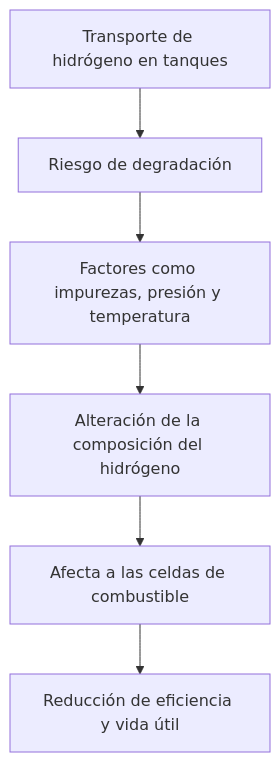
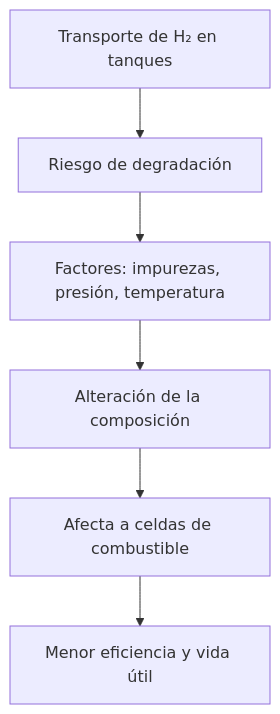
Diagram 12 of 12 in README.md (rubenvmu/loghid), drawn with Mermaid before and after one commit.

````diff
--- a/README.md
+++ b/README.md
@@ -562,8 +562,8 @@
 ```mermaid
 graph TD;
-    A[Transporte de hidrógeno en tanques] --> B[Riesgo de degradación]
-    B --> C[Factores como impurezas, presión y temperatura]
-    C --> D[Alteración de la composición del hidrógeno]
-    D --> E[Afecta a las celdas de combustible]
-    E --> F[Reducción de eficiencia y vida útil]
+    A[Transporte de H₂ en tanques] --> B[Riesgo de degradación]
+    B --> C[Factores: impurezas, presión, temperatura]
+    C --> D[Alteración de la composición]
+    D --> E[Afecta a celdas de combustible]
+    E --> F[Menor eficiencia y vida útil]
 ```
````
